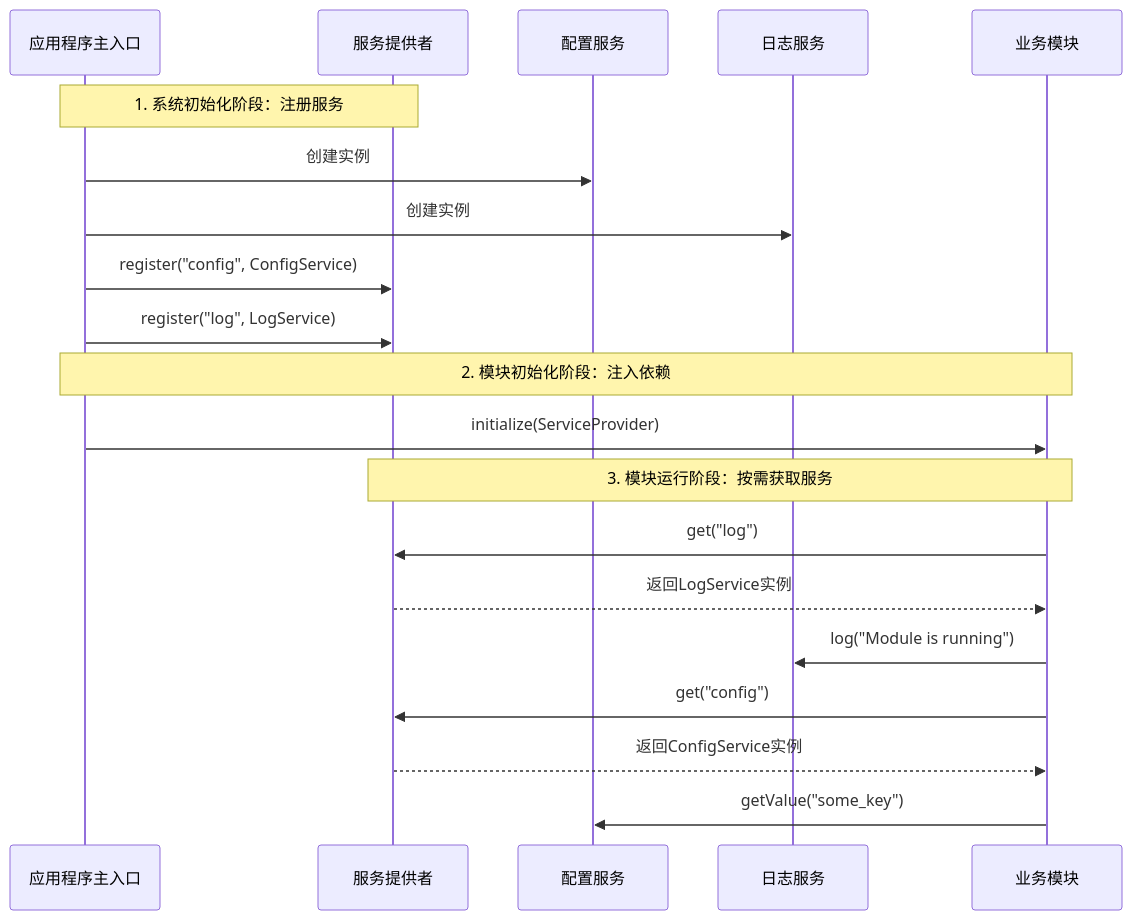
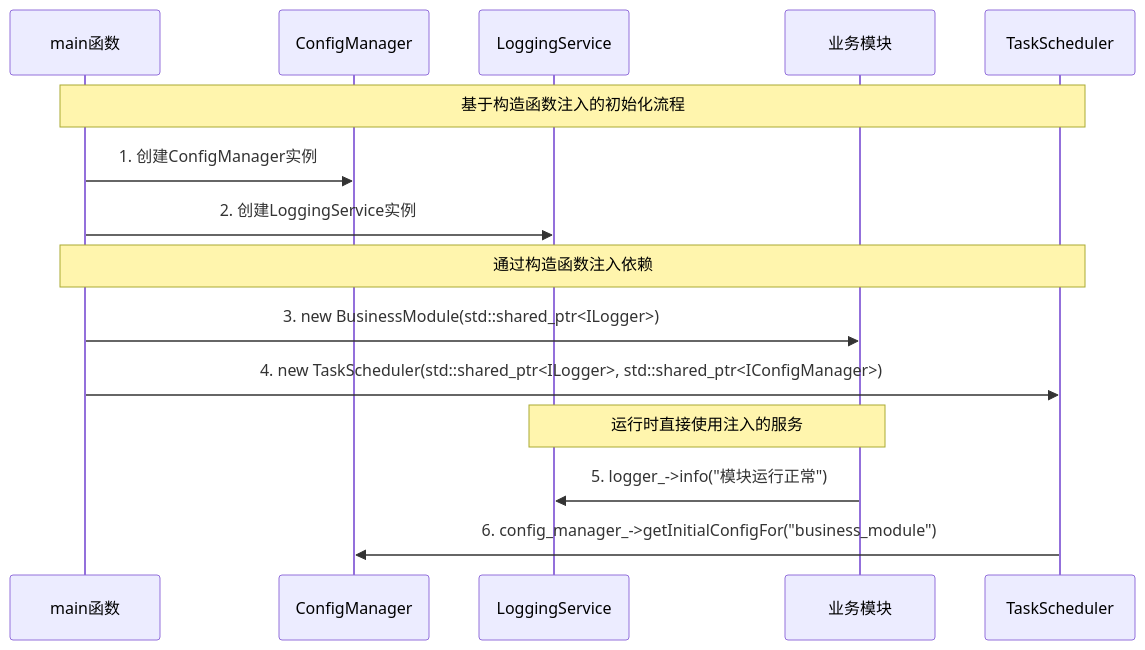
Before and after one commit to wendizhou99-cell/Radar: the fifth of 15 diagrams in docs/01_项目设计/02_模块设计/99_模块集成策略.md, drawn with Mermaid. The commit also changed other lines of this file and 22 other files, not shown here.

````diff
--- a/docs/01_项目设计/02_模块设计/99_模块集成策略.md
+++ b/docs/01_项目设计/02_模块设计/99_模块集成策略.md
@@ -208,26 +429,23 @@
 ```mermaid
 sequenceDiagram
-    participant App as 应用程序主入口
-    participant ServiceProvider as 服务提供者
-    participant ConfigService as 配置服务
-    participant LogService as 日志服务
+    participant Main as main函数
+    participant ConfigService as ConfigManager
+    participant LogService as LoggingService
     participant BusinessModule as 业务模块
+    participant TaskScheduler as TaskScheduler
 
-    Note over App, ServiceProvider: 1. 系统初始化阶段：注册服务
-    App->>ConfigService: 创建实例
-    App->>LogService: 创建实例
-    App->>ServiceProvider: register("config", ConfigService)
-    App->>ServiceProvider: register("log", LogService)
+    Note over Main, TaskScheduler: 基于构造函数注入的初始化流程
 
-    Note over App, BusinessModule: 2. 模块初始化阶段：注入依赖
-    App->>BusinessModule: initialize(ServiceProvider)
+    Main->>ConfigService: 1. 创建ConfigManager实例
+    Main->>LogService: 2. 创建LoggingService实例
 
-    Note over BusinessModule, ServiceProvider: 3. 模块运行阶段：按需获取服务
-    BusinessModule->>ServiceProvider: get("log")
-    ServiceProvider-->>BusinessModule: 返回LogService实例
-    BusinessModule->>LogService: log("Module is running")
+    Note over Main, TaskScheduler: 通过构造函数注入依赖
 
-    BusinessModule->>ServiceProvider: get("config")
-    ServiceProvider-->>BusinessModule: 返回ConfigService实例
-    BusinessModule->>ConfigService: getValue("some_key")
+    Main->>BusinessModule: 3. new BusinessModule(std::shared_ptr<ILogger>)
+    Main->>TaskScheduler: 4. new TaskScheduler(std::shared_ptr<ILogger>, std::shared_ptr<IConfigManager>)
+
+    Note over BusinessModule, LogService: 运行时直接使用注入的服务
+
+    BusinessModule->>LogService: 5. logger_->info("模块运行正常")
+    TaskScheduler->>ConfigService: 6. config_manager_->getInitialConfigFor("business_module")
 ```
````
